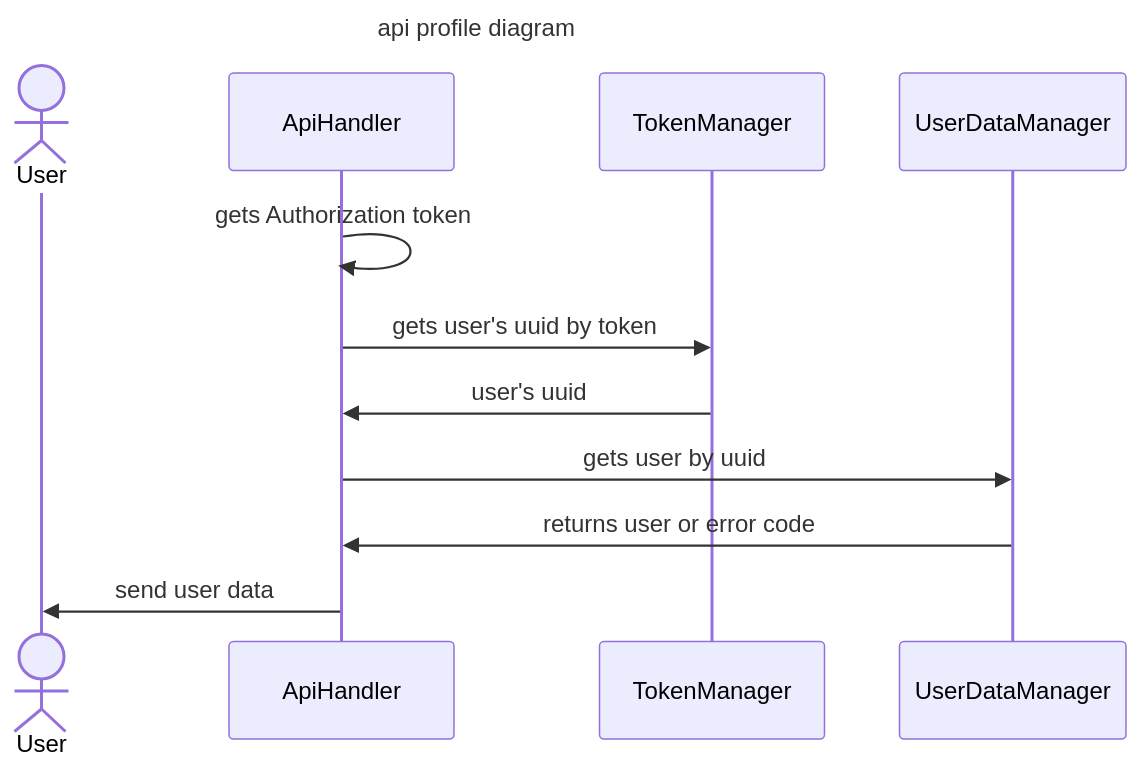
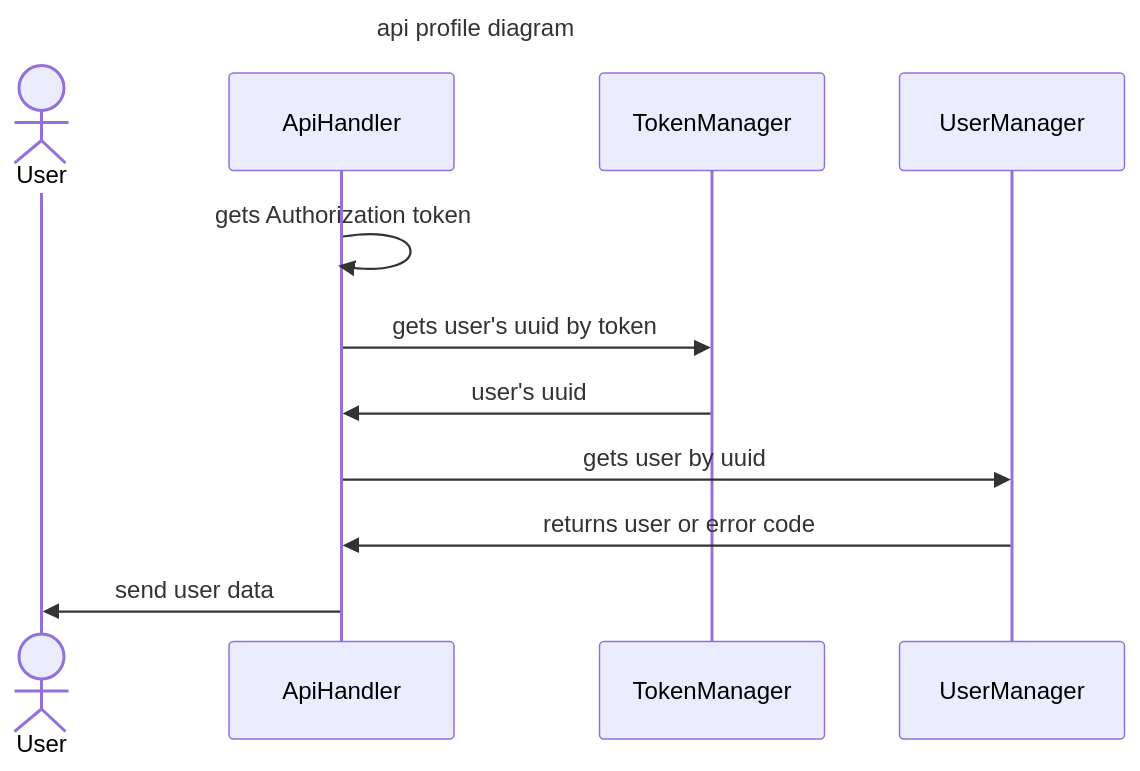
Before and after one commit to LeeDoor/game_webserver: the third of 6 diagrams in docs/http_api.md, drawn with Mermaid. The commit also changed other lines of this file and 59 other files, not shown here.

````diff
--- a/docs/http_api.md
+++ b/docs/http_api.md
@@ -353,13 +353,13 @@
 ```mermaid
 ---
 title: api profile diagram
 ---
 sequenceDiagram
 actor User
 ApiHandler->>ApiHandler: gets Authorization token
 ApiHandler->>TokenManager: gets user's uuid by token
 TokenManager->>ApiHandler: user's uuid
-ApiHandler->>UserDataManager: gets user by uuid
-UserDataManager->>ApiHandler: returns user or error code
+ApiHandler->>UserManager: gets user by uuid
+UserManager->>ApiHandler: returns user or error code
 ApiHandler->>User: send user data
 ```
````
